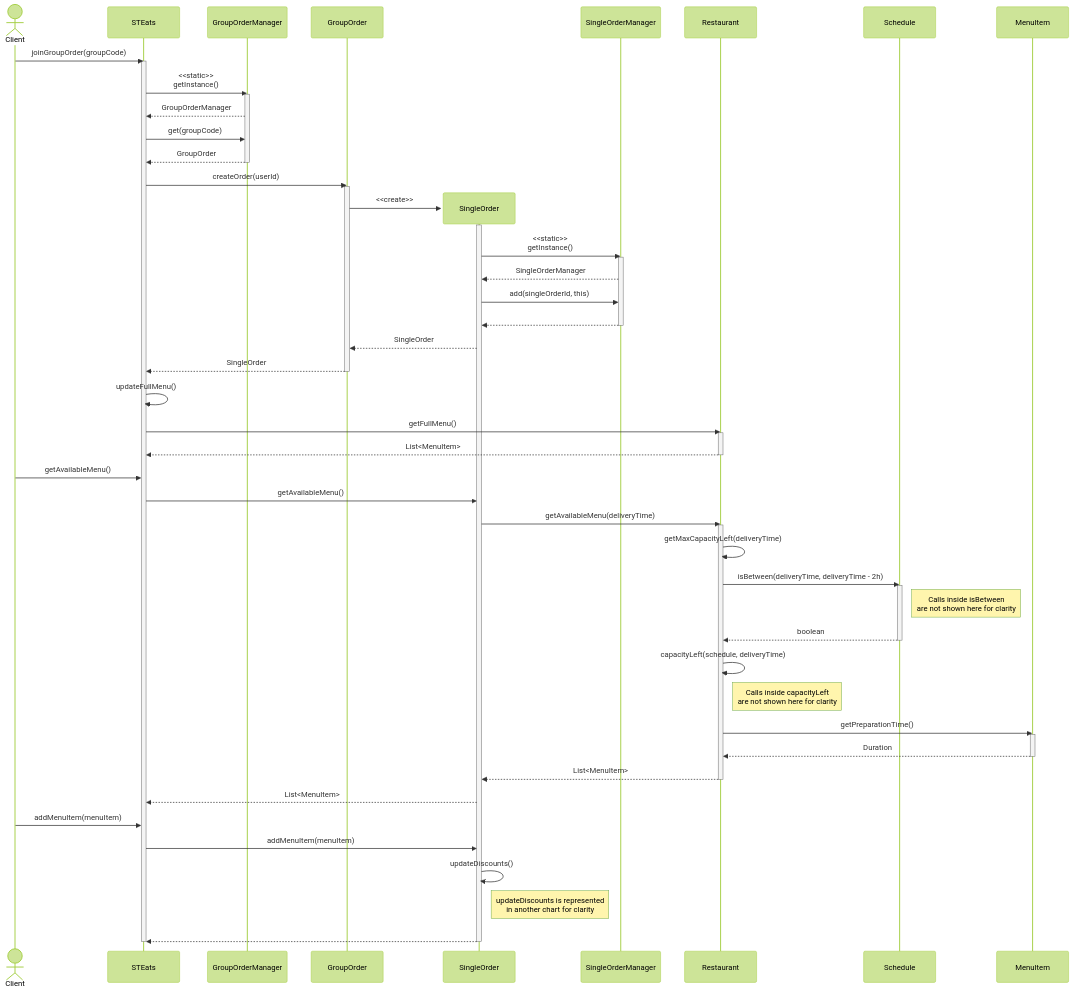
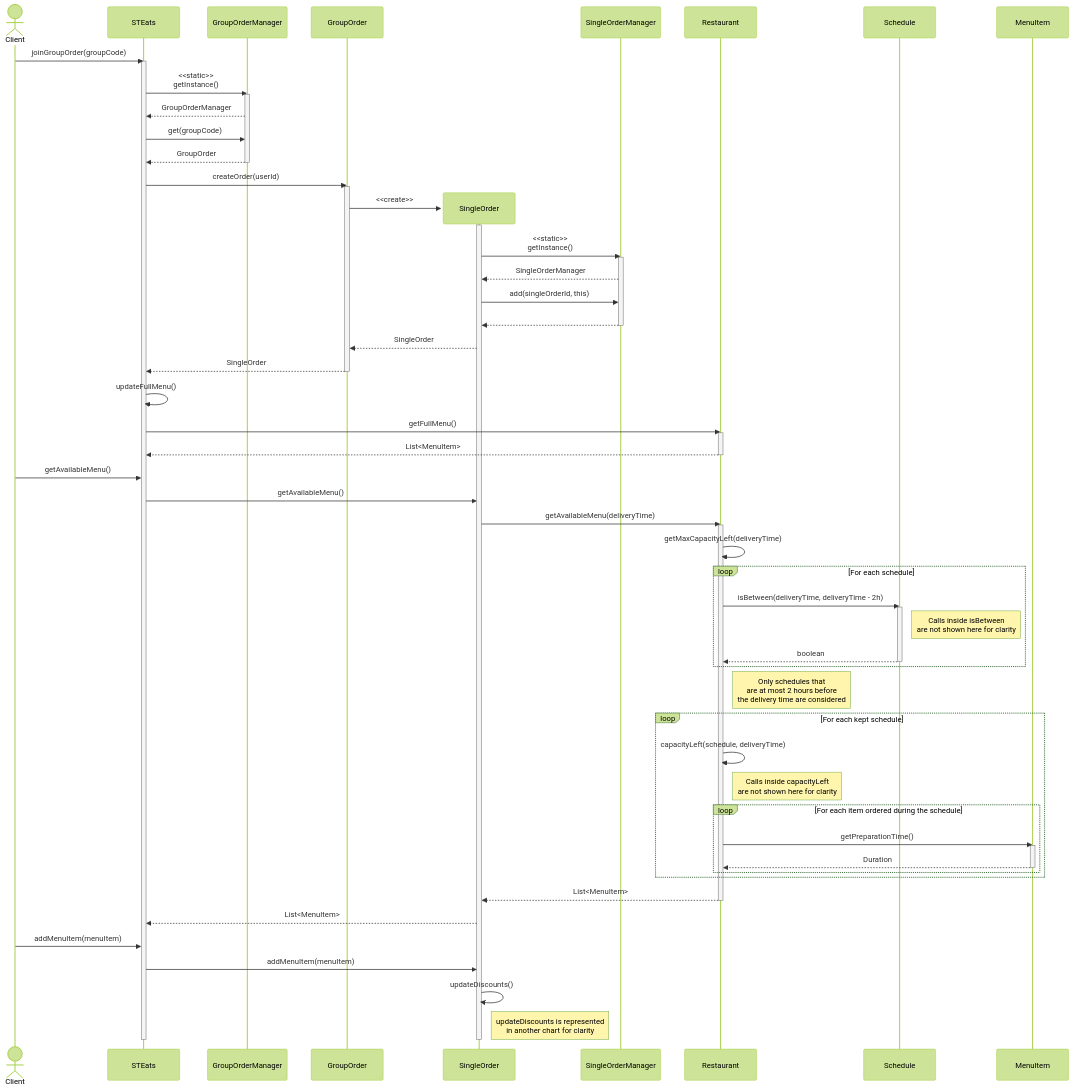
Before and after one commit to Other-Project/SI4-STEats: the third of 4 diagrams in doc/uml.md, drawn with Mermaid (forest theme).

Commit message:
docs(#5): Loops inside the sequence diagram

````diff
--- a/doc/uml.md
+++ b/doc/uml.md
@@ -374,58 +374,63 @@
 ```mermaid
 sequenceDiagram
     actor Client
     Client ->> STEats: joinGroupOrder(groupCode)
     activate STEats
     STEats ->> GroupOrderManager: <<static>><br />getInstance()
     activate GroupOrderManager
     GroupOrderManager -->> STEats: GroupOrderManager
     STEats ->> GroupOrderManager: get(groupCode)
     GroupOrderManager -->> STEats: GroupOrder
     deactivate GroupOrderManager
     STEats ->> GroupOrder: createOrder(userId)
     activate GroupOrder
     create participant SingleOrder
     GroupOrder ->> SingleOrder: <<create>>
     activate SingleOrder
     SingleOrder ->> SingleOrderManager: <<static>><br />getInstance()
     activate SingleOrderManager
     SingleOrderManager -->> SingleOrder: SingleOrderManager
     SingleOrder ->> SingleOrderManager: add(singleOrderId, this)
     SingleOrderManager -->> SingleOrder: #32;
     deactivate SingleOrderManager
     SingleOrder -->> GroupOrder: SingleOrder
     GroupOrder -->> STEats: SingleOrder
     deactivate GroupOrder
     STEats ->> STEats: updateFullMenu()
     STEats ->> Restaurant: getFullMenu()
     activate Restaurant
     Restaurant -->> STEats: List<MenuItem>
     deactivate Restaurant
-
     Client ->> STEats: getAvailableMenu()
     STEats ->> SingleOrder: getAvailableMenu()
     SingleOrder ->> Restaurant: getAvailableMenu(deliveryTime)
     activate Restaurant
     Restaurant ->> Restaurant: getMaxCapacityLeft(deliveryTime)
-    Restaurant ->> Schedule: isBetween(deliveryTime, deliveryTime - 2h)
-    activate Schedule
-    note right of Schedule: Calls inside isBetween<br/>are not shown here for clarity
-    Schedule -->> Restaurant: boolean
-    deactivate Schedule
+    loop For each schedule
+        Restaurant ->> Schedule: isBetween(deliveryTime, deliveryTime - 2h)
+        activate Schedule
+        note right of Schedule: Calls inside isBetween<br/>are not shown here for clarity
+        Schedule -->> Restaurant: boolean
+        deactivate Schedule
+    end
+    note right of Restaurant: Only schedules that<br/>are at most 2 hours before<br/>the delivery time are considered
+    loop For each kept schedule
     Restaurant ->> Restaurant: capacityLeft(schedule, deliveryTime)
     note right of Restaurant: Calls inside capacityLeft<br/>are not shown here for clarity
+        loop For each item ordered during the schedule
     Restaurant ->> MenuItem: getPreparationTime()
     activate MenuItem
     MenuItem -->> Restaurant: Duration
     deactivate MenuItem
+        end
+    end
     Restaurant -->> SingleOrder: List<MenuItem>
     deactivate Restaurant
     SingleOrder -->> STEats: List<MenuItem>
     Client ->> STEats: addMenuItem(menuItem)
     STEats ->> SingleOrder: addMenuItem(menuItem)
     SingleOrder ->> SingleOrder: updateDiscounts()
     note right of SingleOrder: updateDiscounts is represented<br/>in another chart for clarity
-    SingleOrder -->> STEats: #32;
     deactivate SingleOrder
     deactivate STEats
 ```
````
